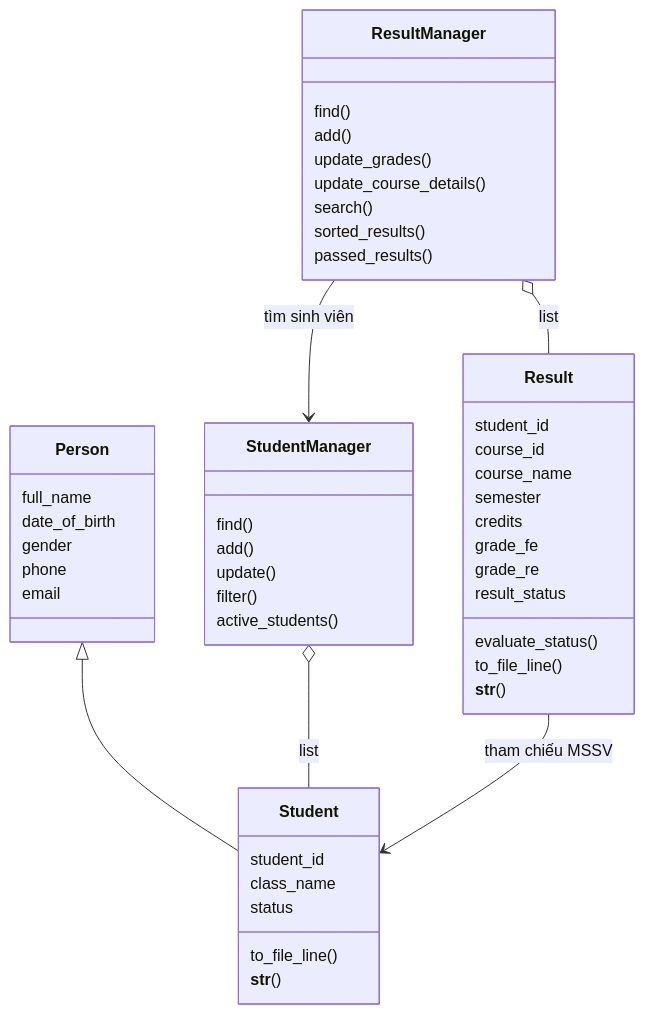
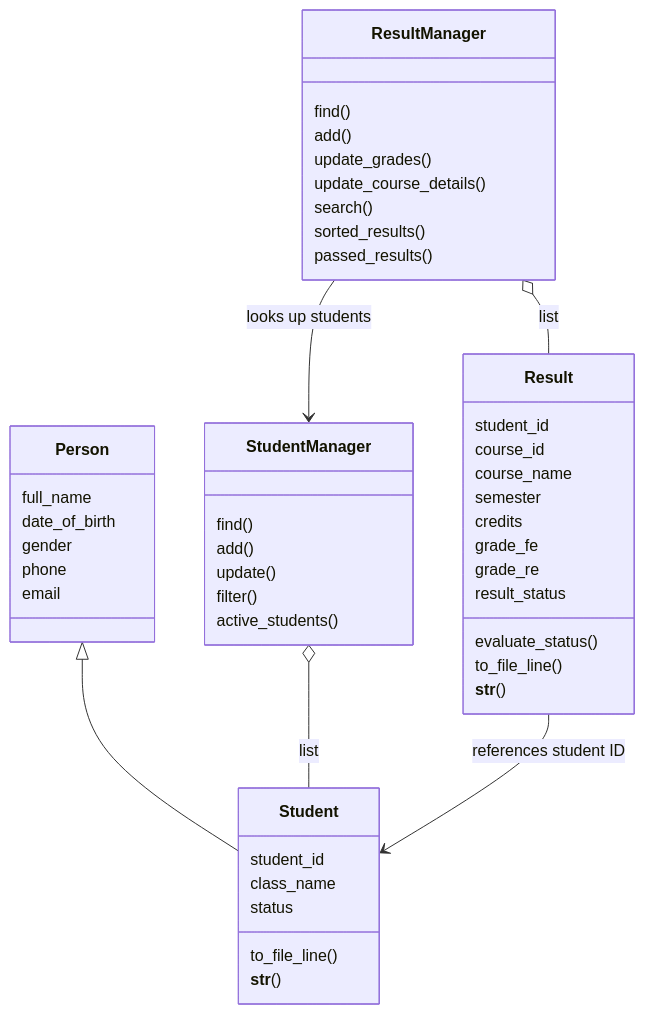
One commit to nguyenthaihuy0913/Student-Management-System-Fptu changed the diagram in README.md. Above: the diagram before and after it, drawn with Mermaid. The commit also changed other lines of this file, not shown here.

````diff
--- a/README.md
+++ b/README.md
@@ -106,51 +105,51 @@
 ```mermaid
 classDiagram
     Person <|-- Student
     StudentManager o-- Student : list
     ResultManager o-- Result : list
-    ResultManager --> StudentManager : tìm sinh viên
-    Result --> Student : tham chiếu MSSV
+    ResultManager --> StudentManager : looks up students
+    Result --> Student : references student ID
     class Person {
         full_name
         date_of_birth
         gender
         phone
         email
     }
     class Student {
         student_id
         class_name
         status
         to_file_line()
         __str__()
     }
     class Result {
         student_id
         course_id
         course_name
         semester
         credits
         grade_fe
         grade_re
         result_status
         evaluate_status()
         to_file_line()
         __str__()
     }
     class StudentManager {
         find()
         add()
         update()
         filter()
         active_students()
     }
     class ResultManager {
         find()
         add()
         update_grades()
         update_course_details()
         search()
         sorted_results()
         passed_results()
     }
 ```
````
